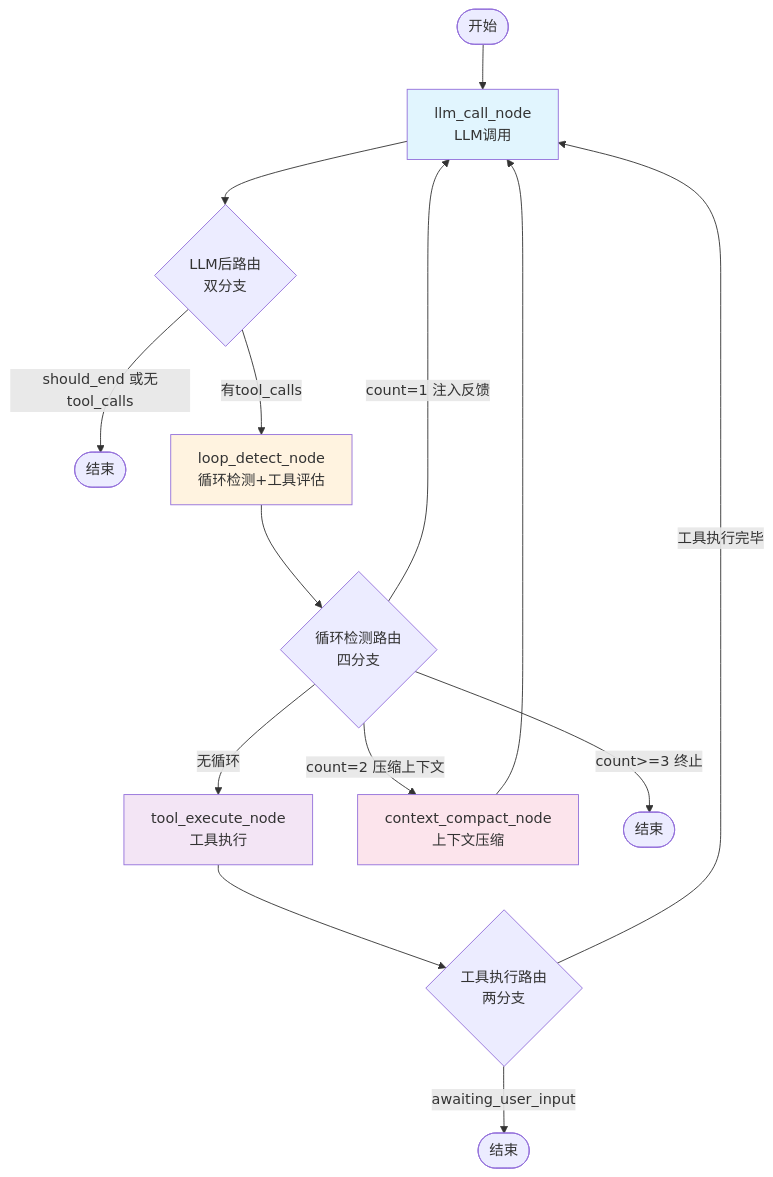
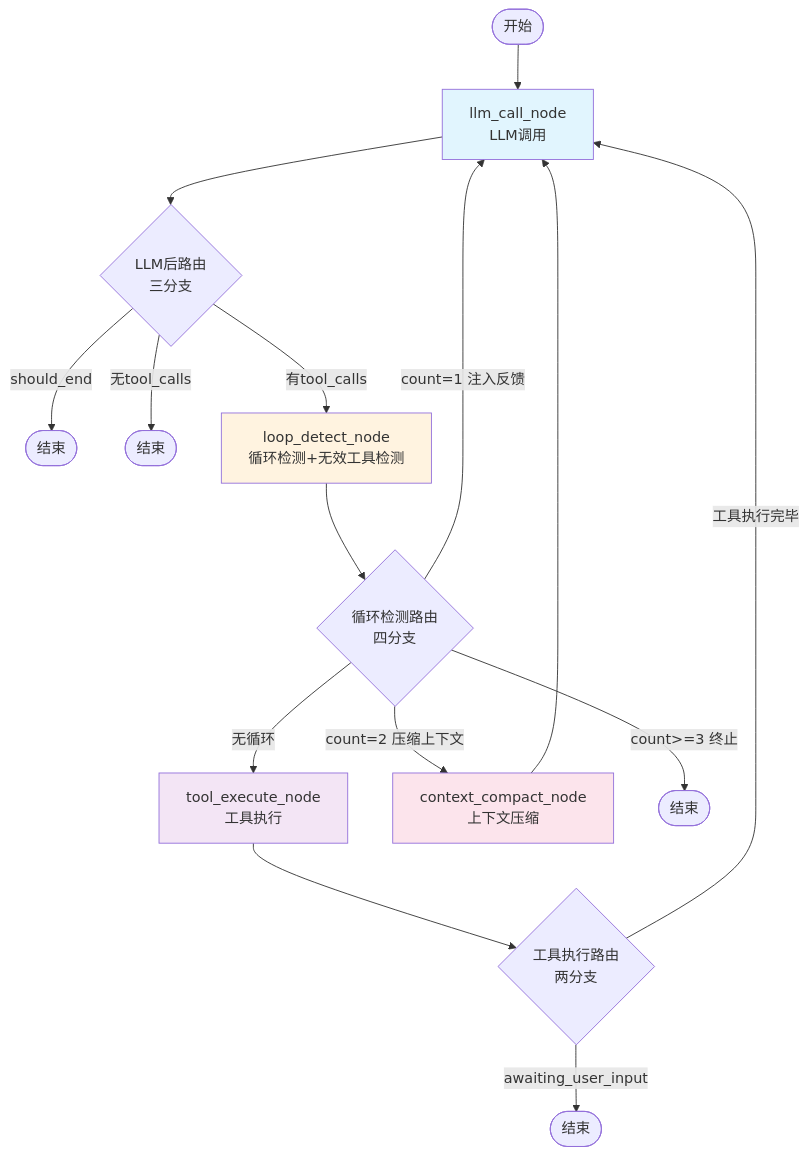
The first of 2 diagrams in docs/langgraph-workflow.md (solarest/yanyun-agent), drawn with Mermaid before and after one commit. The commit also changed other lines of this file and 107 other files, not shown here.

````diff
--- a/docs/langgraph-workflow.md
+++ b/docs/langgraph-workflow.md
@@ -13,26 +13,27 @@
 ```mermaid
 graph TB
     Start([开始]) --> llm_call["llm_call_node<br/>LLM调用"]
-    
-    llm_call --> route_after_llm{LLM后路由<br/>双分支}
-    
-    route_after_llm -->|should_end 或无tool_calls| End0([结束])
-    route_after_llm -->|有tool_calls| loop_detect["loop_detect_node<br/>循环检测+工具评估"]
-    
+
+    llm_call --> route_after_llm{LLM后路由<br/>三分支}
+
+    route_after_llm -->|should_end| End0([结束])
+    route_after_llm -->|无tool_calls| End1([结束])
+    route_after_llm -->|有tool_calls| loop_detect["loop_detect_node<br/>循环检测+无效工具检测"]
+
     loop_detect --> route_loop{循环检测路由<br/>四分支}
     route_loop -->|无循环| tool_execute["tool_execute_node<br/>工具执行"]
     route_loop -->|count=1 注入反馈| llm_call
     route_loop -->|count=2 压缩上下文| context_compact["context_compact_node<br/>上下文压缩"]
-    route_loop -->|count>=3 终止| End1([结束])
-    
+    route_loop -->|count>=3 终止| End2([结束])
+
     tool_execute --> route_tool{工具执行路由<br/>两分支}
-    route_tool -->|awaiting_user_input| End2([结束])
+    route_tool -->|awaiting_user_input| End3([结束])
     route_tool -->|工具执行完毕| llm_call
 
     context_compact --> llm_call
-    
+
     style llm_call fill:#e1f5fe
     style tool_execute fill:#f3e5f5
     style loop_detect fill:#fff3e0
     style context_compact fill:#fce4ec
 ```
````
